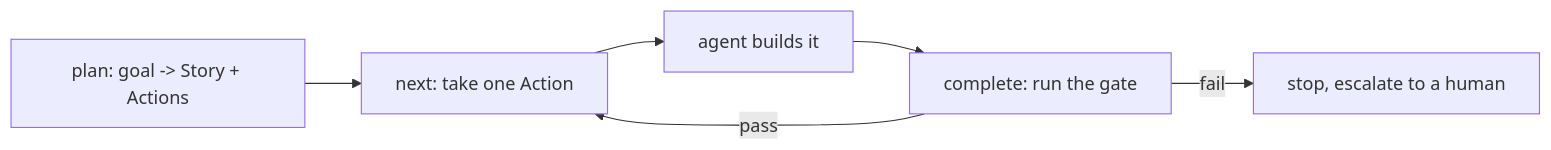
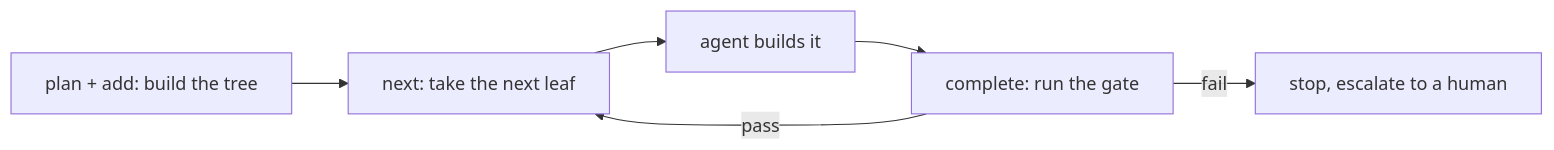
Before and after one commit to noory-code/noory-ai: the diagram in solera/README.md, drawn with Mermaid. The commit also changed other lines of this file and 32 other files, not shown here.

````diff
--- a/solera/README.md
+++ b/solera/README.md
@@ -15,8 +15,8 @@
 ```mermaid
 flowchart LR
-  Plan[plan: goal -> Story + Actions] --> Next[next: take one Action]
+  Plan[plan + add: build the tree] --> Next[next: take the next leaf]
   Next --> Work[agent builds it]
   Work --> Gate[complete: run the gate]
   Gate -->|pass| Next
   Gate -->|fail| Stop[stop, escalate to a human]
 ```
````
